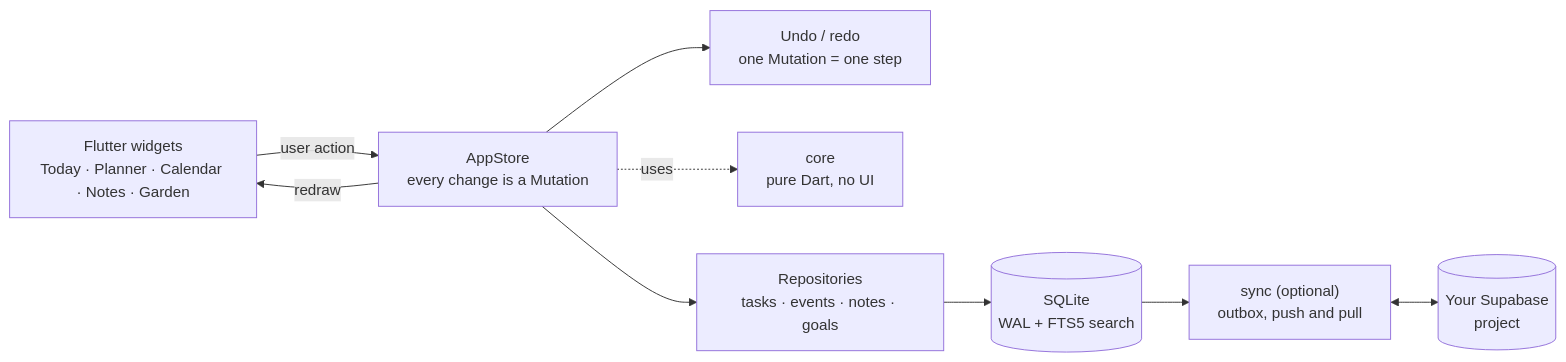
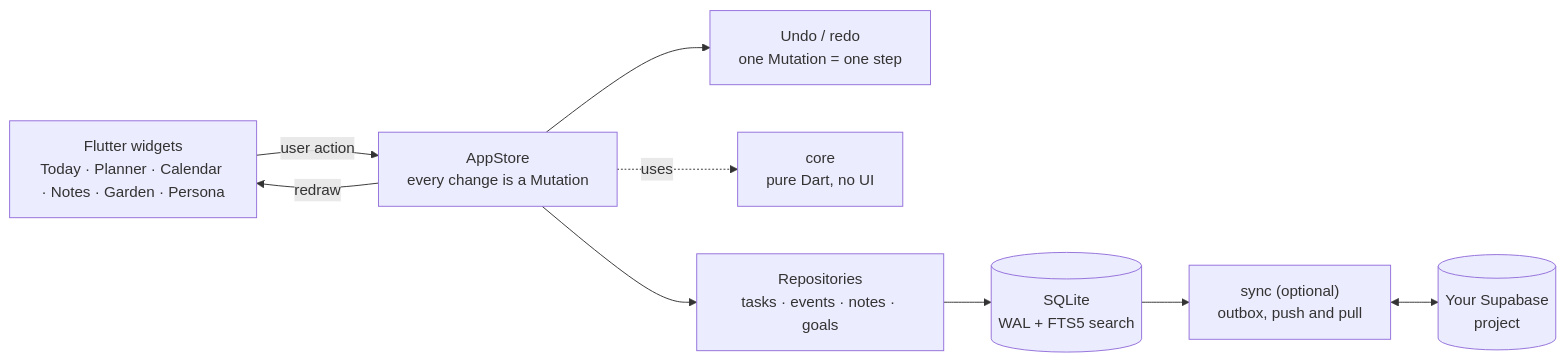
One commit to AndreiOprescu/Grove changed the diagram in README.md. Above: the diagram before and after it, drawn with Mermaid. The commit also changed other lines of this file and 1 other file, not shown here.

Commit message:
README: the Persona screen, ⌘6, all the sync SQL files, 3131 tests

````diff
--- a/README.md
+++ b/README.md
@@ -391,20 +401,20 @@
 ```mermaid
 flowchart LR
-    UI["Flutter widgets<br/>Today · Planner · Calendar · Notes · Garden"]
+    UI["Flutter widgets<br/>Today · Planner · Calendar · Notes · Garden · Persona"]
     Store["AppStore<br/>every change is a Mutation"]
     Undo["Undo / redo<br/>one Mutation = one step"]
     Core["core<br/>pure Dart, no UI"]
     Repo["Repositories<br/>tasks · events · notes · goals"]
     DB[("SQLite<br/>WAL + FTS5 search")]
     Sync["sync (optional)<br/>outbox, push and pull"]
     Cloud[("Your Supabase<br/>project")]
 
     UI -->|user action| Store
     Store --> Undo
     Store --> Repo
     Store -.uses.-> Core
     Repo --> DB
     Store -->|redraw| UI
     DB --> Sync
     Sync <--> Cloud
 ```
````
